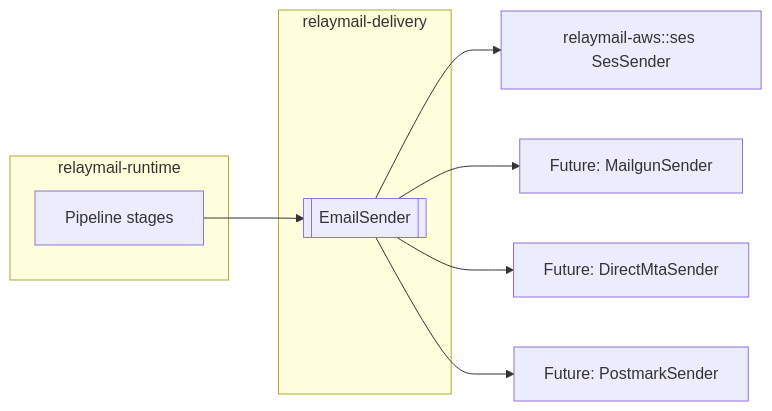
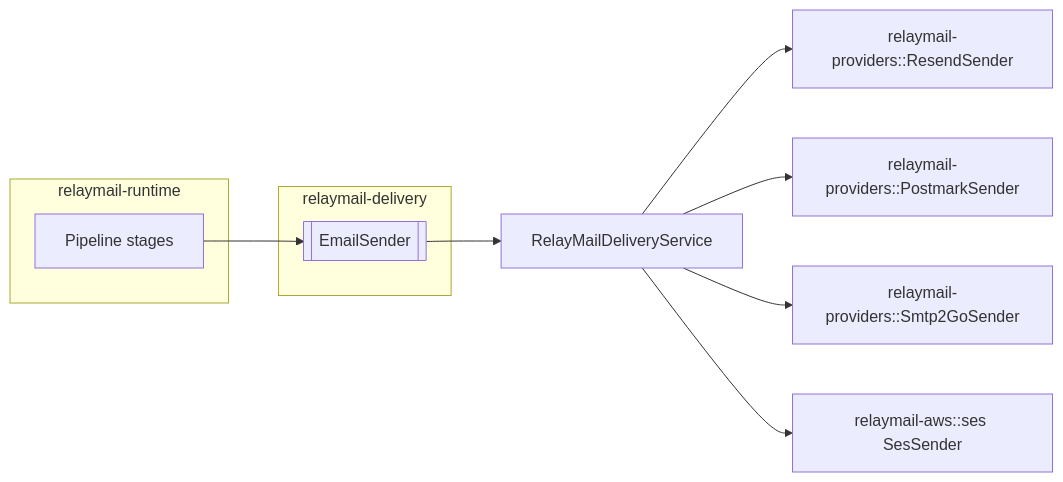
The third of 3 diagrams in docs/architecture.md (alikor/RelayMail), drawn with Mermaid before and after one commit. The commit also changed other lines of this file and 73 other files, not shown here.

Commit message:
Bump RelayMail to 1.0.0 and refresh docs

````diff
--- a/docs/architecture.md
+++ b/docs/architecture.md
@@ -63,14 +66,15 @@
 ```mermaid
 flowchart LR
     subgraph relaymail-runtime
       pipeline[Pipeline stages]
     end
     subgraph relaymail-delivery
       iface[[EmailSender]]
     end
     pipeline --> iface
-    iface --> ses[relaymail-aws::ses SesSender]
-    iface --> mailgun[Future: MailgunSender]
-    iface --> smtp[Future: DirectMtaSender]
-    iface --> postmark[Future: PostmarkSender]
+    iface --> chain[RelayMailDeliveryService]
+    chain --> resend[relaymail-providers::ResendSender]
+    chain --> postmark[relaymail-providers::PostmarkSender]
+    chain --> smtp2go[relaymail-providers::Smtp2GoSender]
+    chain --> ses[relaymail-aws::ses SesSender]
 ```
````
